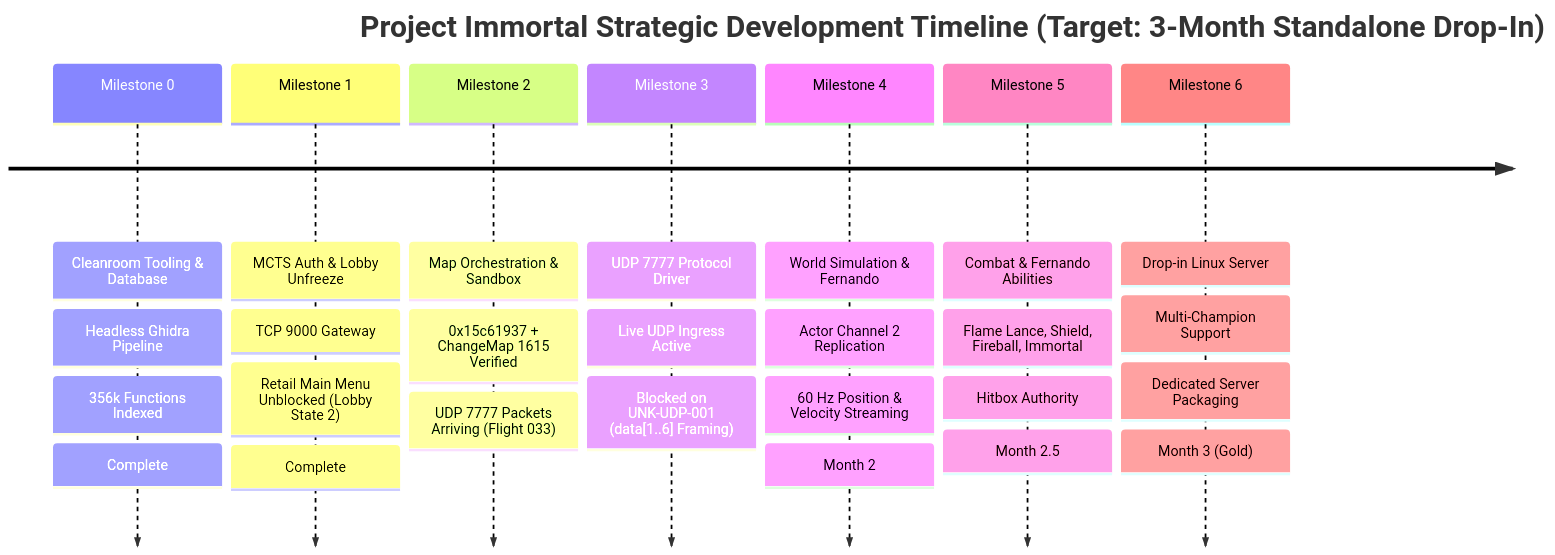
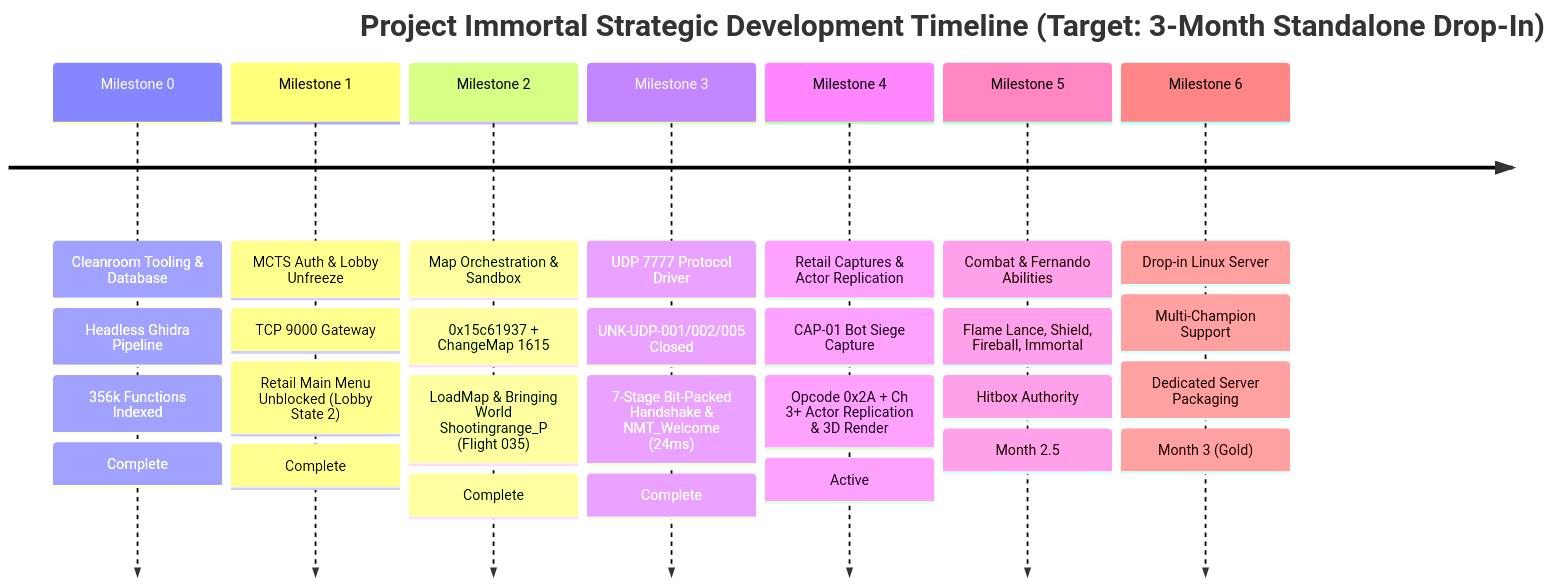
The second of 2 diagrams in docs/specs/ROADMAP.md (project-immortal/immortal), drawn with Mermaid before and after one commit. The commit also changed other lines of this file and 1 other file, not shown here.

First line of the commit message:
docs(roadmap): record Milestone 2 & 3 Flight 035 completion and Milestone 4 capture plan

````diff
--- a/docs/specs/ROADMAP.md
+++ b/docs/specs/ROADMAP.md
@@ -68,11 +68,11 @@
 ```mermaid
 timeline
     title Project Immortal Strategic Development Timeline (Target: 3-Month Standalone Drop-In)
     Milestone 0 : Cleanroom Tooling & Database : Headless Ghidra Pipeline : 356k Functions Indexed : Complete
     Milestone 1 : MCTS Auth & Lobby Unfreeze : TCP 9000 Gateway : Retail Main Menu Unblocked (Lobby State 2) : Complete
-    Milestone 2 : Map Orchestration & Sandbox : 0x15c61937 + ChangeMap 1615 Verified : UDP 7777 Packets Arriving (Flight 033)
-    Milestone 3 : UDP 7777 Protocol Driver : Live UDP Ingress Active : Blocked on UNK-UDP-001 (data[1..6] Framing)
-    Milestone 4 : World Simulation & Fernando : Actor Channel 2 Replication : 60 Hz Position & Velocity Streaming : Month 2
+    Milestone 2 : Map Orchestration & Sandbox : 0x15c61937 + ChangeMap 1615 : LoadMap & Bringing World Shootingrange_P (Flight 035) : Complete
+    Milestone 3 : UDP 7777 Protocol Driver : UNK-UDP-001/002/005 Closed : 7-Stage Bit-Packed Handshake & NMT_Welcome (24ms) : Complete
+    Milestone 4 : Retail Captures & Actor Replication : CAP-01 Bot Siege Capture : Opcode 0x2A + Ch 3+ Actor Replication & 3D Render : Active
     Milestone 5 : Combat & Fernando Abilities : Flame Lance, Shield, Fireball, Immortal : Hitbox Authority : Month 2.5
     Milestone 6 : Drop-in Linux Server : Multi-Champion Support : Dedicated Server Packaging : Month 3 (Gold)
 ```
````
